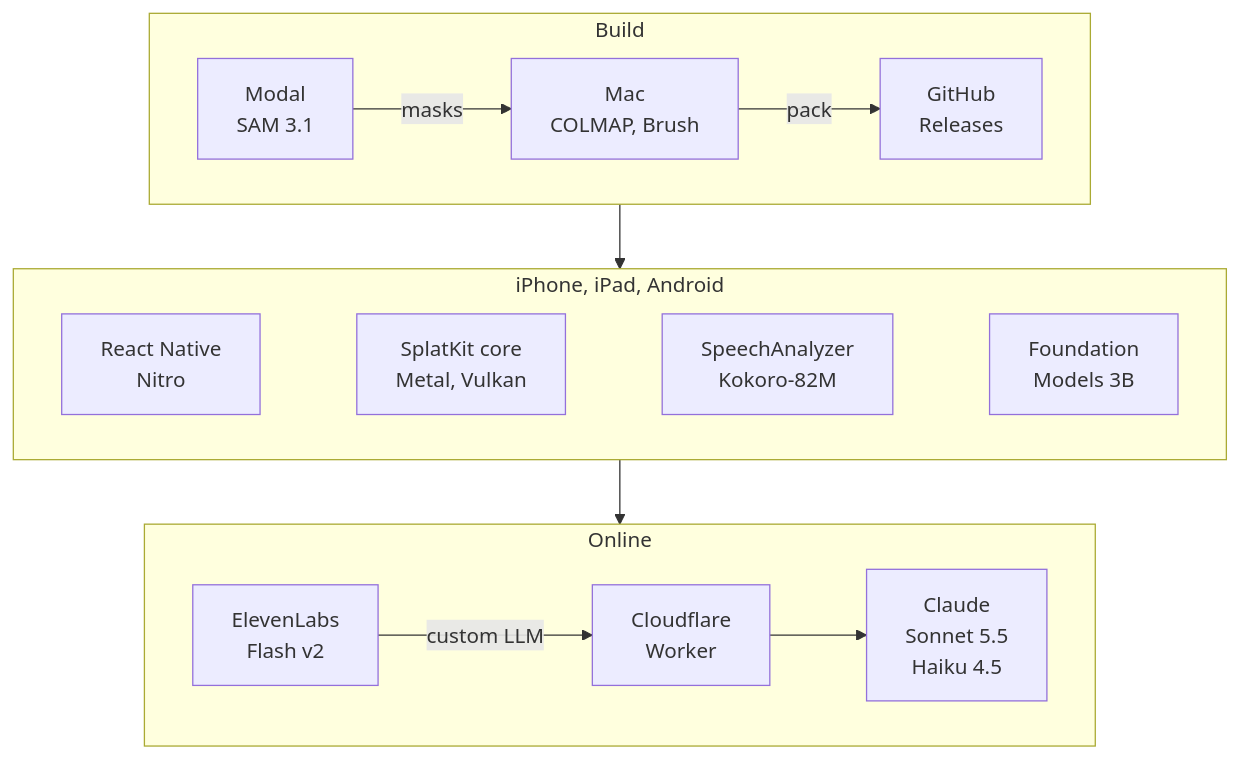
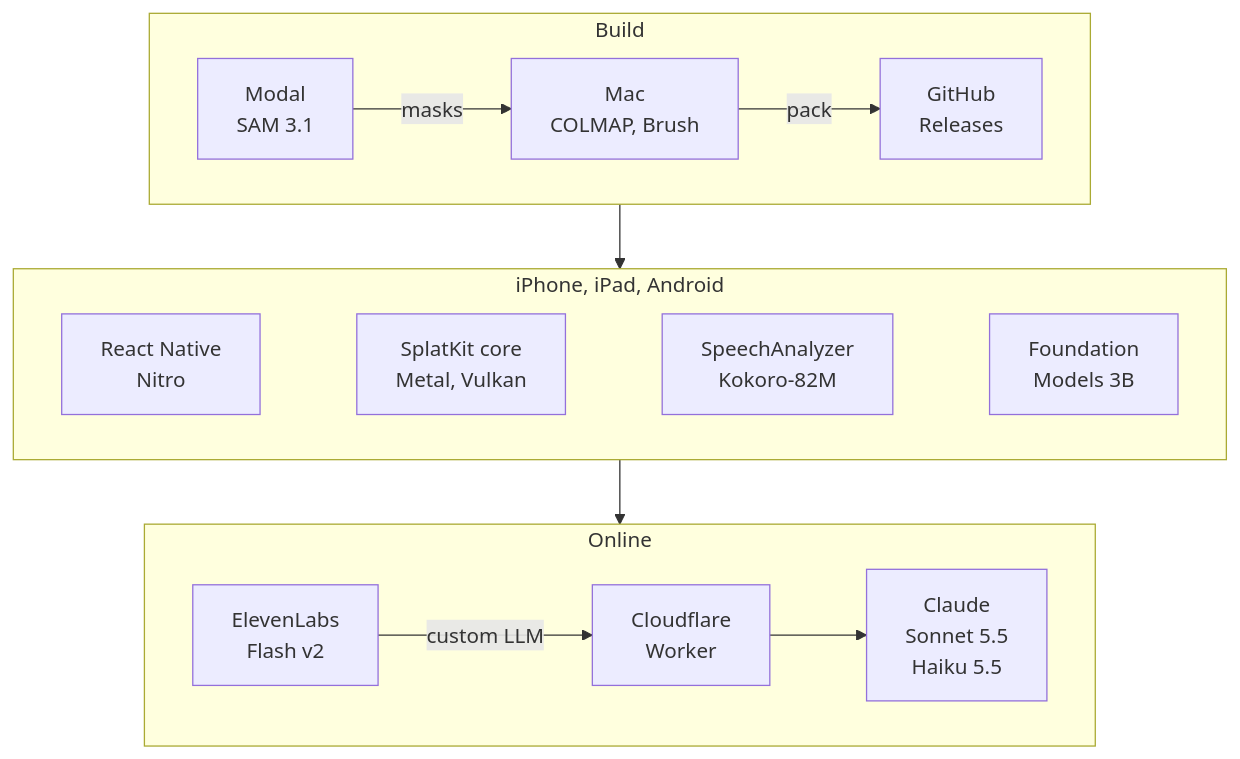
Before and after one commit to Xget7/splat-field-guide: the first of 3 diagrams in README.md, drawn with Mermaid. The commit also changed other lines of this file and 4 other files, not shown here.

Commit message:
Answer the voice agent with Claude Haiku 5.5 without thinking or sampling options

````diff
--- a/README.md
+++ b/README.md
@@ -16,19 +16,19 @@
 ```mermaid
 flowchart TB
   subgraph Build
     direction LR
     modal["Modal<br/>SAM 3.1"] -->|"masks"| mac["Mac<br/>COLMAP, Brush"]
     mac -->|"pack"| github["GitHub<br/>Releases"]
   end
   subgraph Device["iPhone, iPad, Android"]
     direction LR
     app["React Native<br/>Nitro"] ~~~ splat["SplatKit core<br/>Metal, Vulkan"] ~~~ speech["SpeechAnalyzer<br/>Kokoro-82M"] ~~~ model["Foundation<br/>Models 3B"]
   end
   subgraph Online
     direction LR
     eleven["ElevenLabs<br/>Flash v2"] -->|"custom LLM"| worker["Cloudflare<br/>Worker"]
-    worker --> claude["Claude<br/>Sonnet 5.5<br/>Haiku 4.5"]
+    worker --> claude["Claude<br/>Sonnet 5.5<br/>Haiku 5.5"]
   end
   Build --> Device
   Device --> Online
 ```
````
